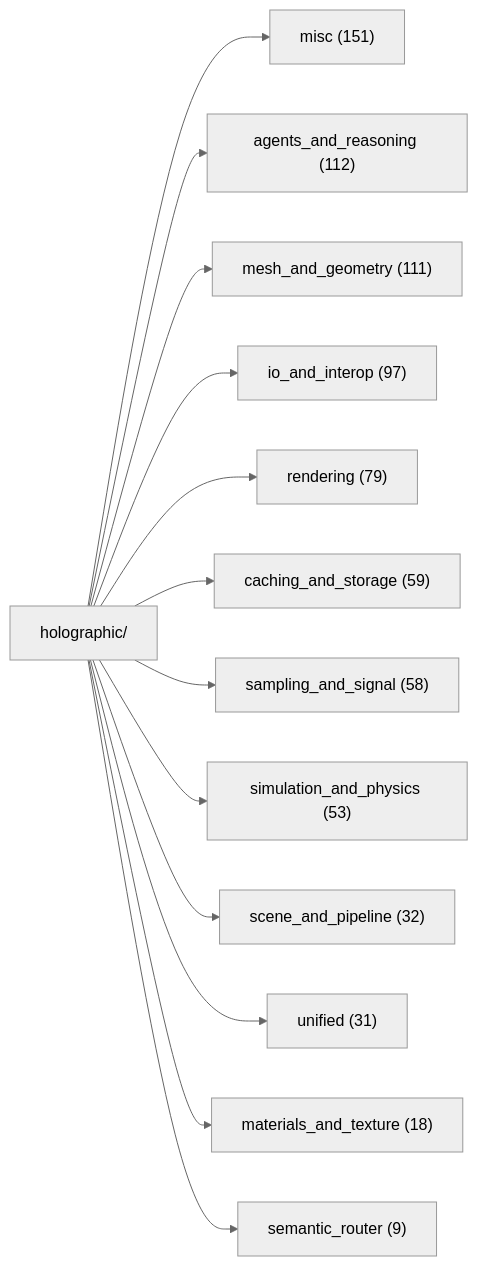
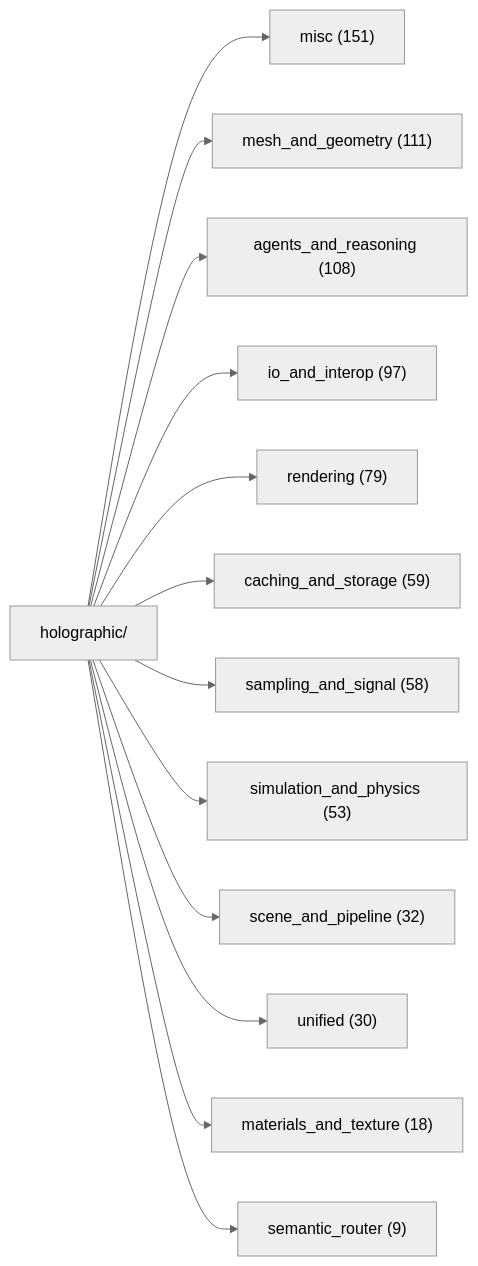
The first of 2 diagrams in docs/DOC_MAP.md (AnOversizedMooseWithSocks/leCore), drawn with Mermaid (neutral theme) before and after one commit. The commit also changed other lines of this file and 31 other files, not shown here.

````diff
--- a/docs/DOC_MAP.md
+++ b/docs/DOC_MAP.md
@@ -40,16 +41,16 @@
 ```mermaid
 graph LR
     H[holographic/]
     H --> misc["misc (151)"]
-    H --> agen["agents_and_reasoning (112)"]
     H --> mesh["mesh_and_geometry (111)"]
+    H --> agen["agents_and_reasoning (108)"]
     H --> io_a["io_and_interop (97)"]
     H --> rend["rendering (79)"]
     H --> cach["caching_and_storage (59)"]
     H --> samp["sampling_and_signal (58)"]
     H --> simu["simulation_and_physics (53)"]
     H --> scen["scene_and_pipeline (32)"]
-    H --> unif["unified (31)"]
+    H --> unif["unified (30)"]
     H --> mate["materials_and_texture (18)"]
     H --> sema["semantic_router (9)"]
 ```
````
